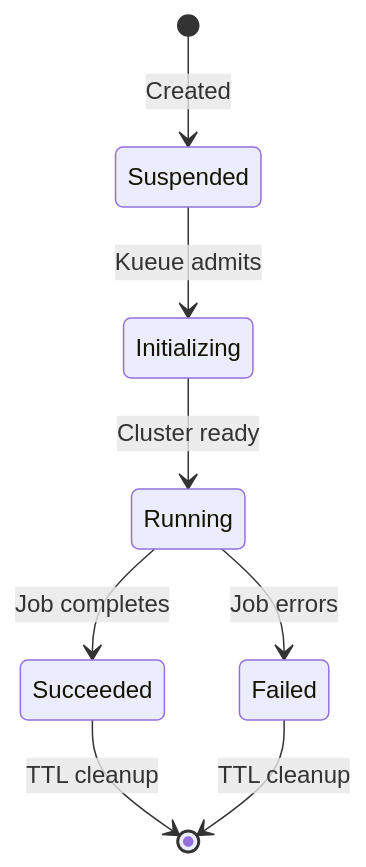
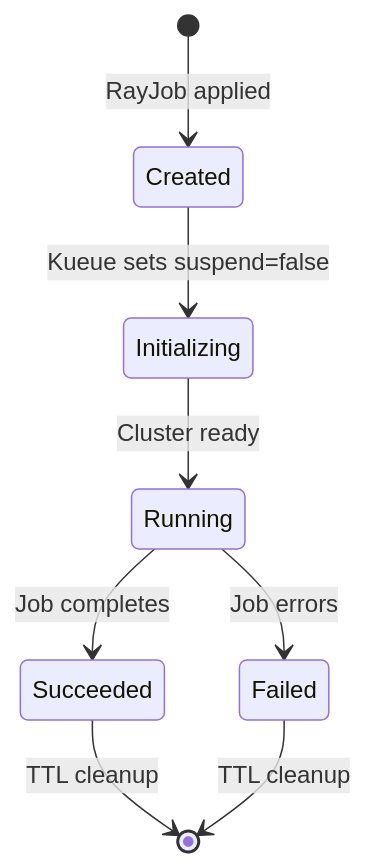
One commit to rrbanda/rhoai-kuberay changed the first of 2 diagrams in docs/05-rayjob.md. Above: the diagram before and after it, drawn with Mermaid. The commit also changed other lines of this file and 14 other files, not shown here.

````diff
--- a/docs/05-rayjob.md
+++ b/docs/05-rayjob.md
@@ -25,10 +25,10 @@
 ```mermaid
 stateDiagram-v2
-    [*] --> Suspended: Created
-    Suspended --> Initializing: Kueue admits
+    [*] --> Created: RayJob applied
+    Created --> Initializing: Kueue sets suspend=false
     Initializing --> Running: Cluster ready
     Running --> Succeeded: Job completes
     Running --> Failed: Job errors
     Succeeded --> [*]: TTL cleanup
     Failed --> [*]: TTL cleanup
 ```
````
